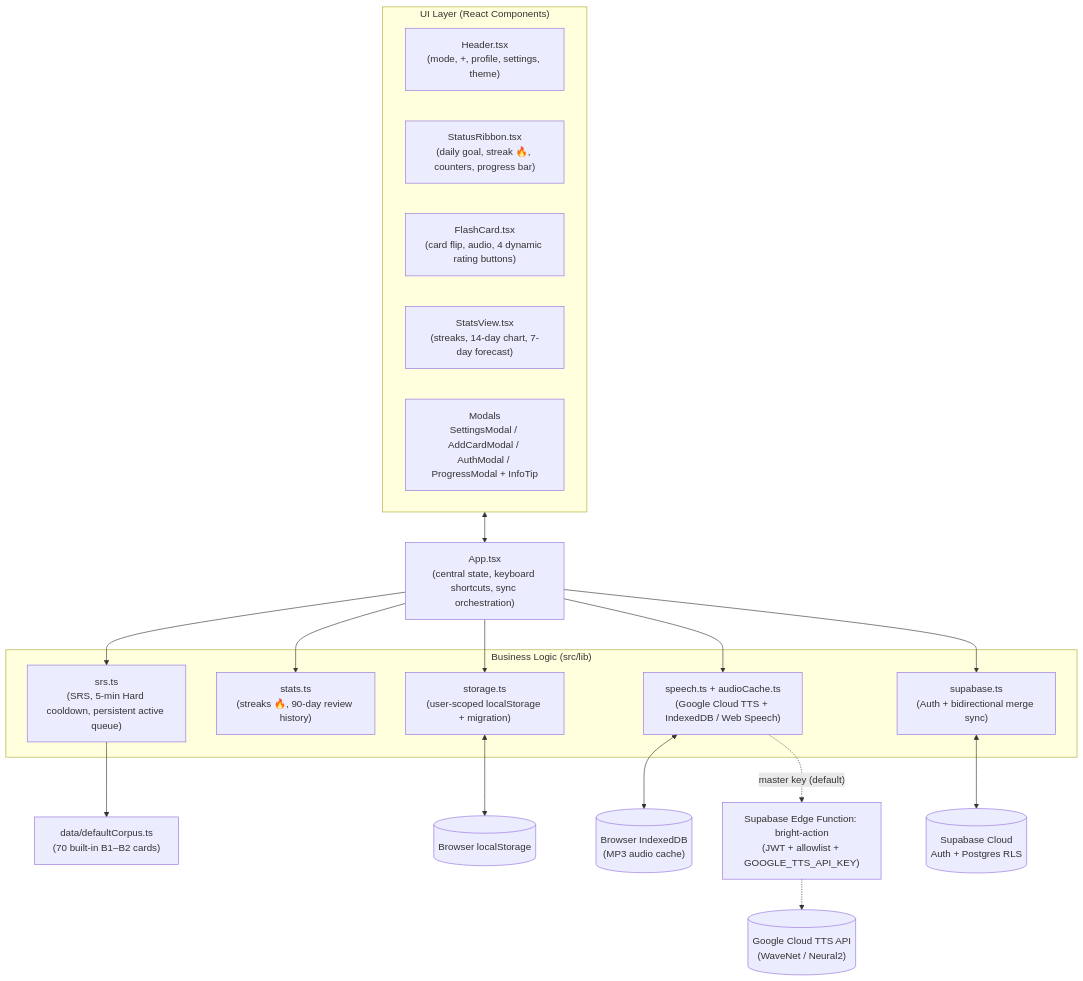
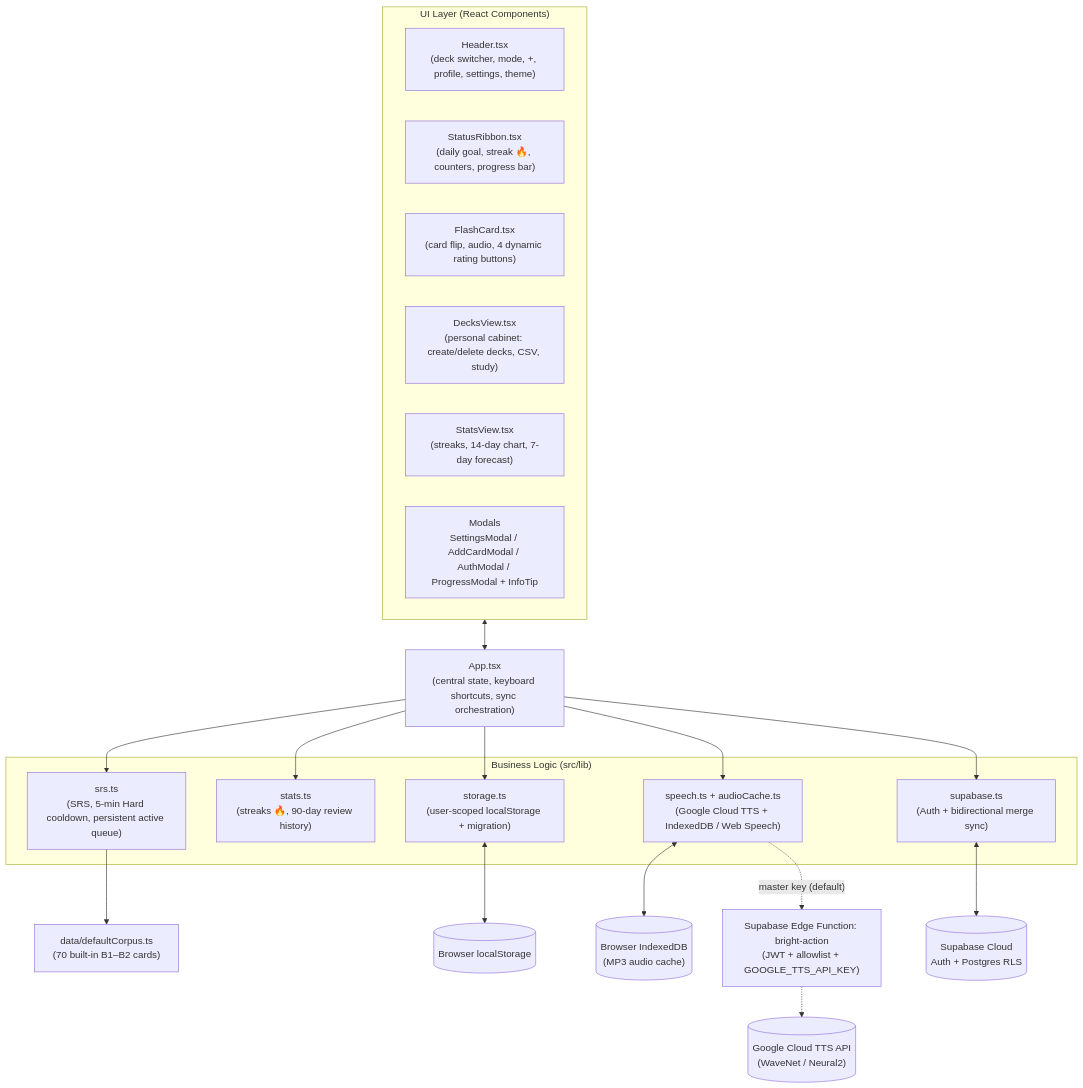
The first of 5 diagrams in ARCHITECTURE.md (an2ancan/anki), drawn with Mermaid before and after one commit. The commit also changed other lines of this file and 13 other files, not shown here.

````diff
--- a/ARCHITECTURE.md
+++ b/ARCHITECTURE.md
@@ -13,40 +13,41 @@
 ```mermaid
 flowchart TD
   subgraph UI["UI Layer (React Components)"]
-    Header["Header.tsx<br/>(mode, +, profile, settings, theme)"]
+    Header["Header.tsx<br/>(deck switcher, mode, +, profile, settings, theme)"]
     Ribbon["StatusRibbon.tsx<br/>(daily goal, streak 🔥, counters, progress bar)"]
     Card["FlashCard.tsx<br/>(card flip, audio, 4 dynamic rating buttons)"]
+    Decks["DecksView.tsx<br/>(personal cabinet: create/delete decks, CSV, study)"]
     Stats["StatsView.tsx<br/>(streaks, 14-day chart, 7-day forecast)"]
     Modals["Modals<br/>SettingsModal / AddCardModal / AuthModal / ProgressModal + InfoTip"]
   end
 
   App["App.tsx<br/>(central state, keyboard shortcuts, sync orchestration)"]
 
   subgraph Logic["Business Logic (src/lib)"]
     SRS["srs.ts<br/>(SRS, 5-min Hard cooldown, persistent active queue)"]
     StatsLib["stats.ts<br/>(streaks 🔥, 90-day review history)"]
     Storage["storage.ts<br/>(user-scoped localStorage + migration)"]
     Speech["speech.ts + audioCache.ts<br/>(Google Cloud TTS + IndexedDB / Web Speech)"]
     SupaLib["supabase.ts<br/>(Auth + bidirectional merge sync)"]
   end
 
   Data["data/defaultCorpus.ts<br/>(70 built-in B1–B2 cards)"]
   LS[("Browser localStorage")]
   IDB[("Browser IndexedDB<br/>(MP3 audio cache)")]
   EdgeTTS["Supabase Edge Function: bright-action<br/>(JWT + allowlist + GOOGLE_TTS_API_KEY)"]
   GoogleTTS[("Google Cloud TTS API<br/>(WaveNet / Neural2)")]
   SupaDB[("Supabase Cloud<br/>Auth + Postgres RLS")]
 
   UI <--> App
   App --> SRS
   App --> StatsLib
   App --> Storage
   App --> Speech
   App --> SupaLib
   SRS --> Data
   Storage <--> LS
   Speech <--> IDB
   Speech -.->|"master key (default)"| EdgeTTS
   EdgeTTS -.-> GoogleTTS
   SupaLib <--> SupaDB
 ```
````
